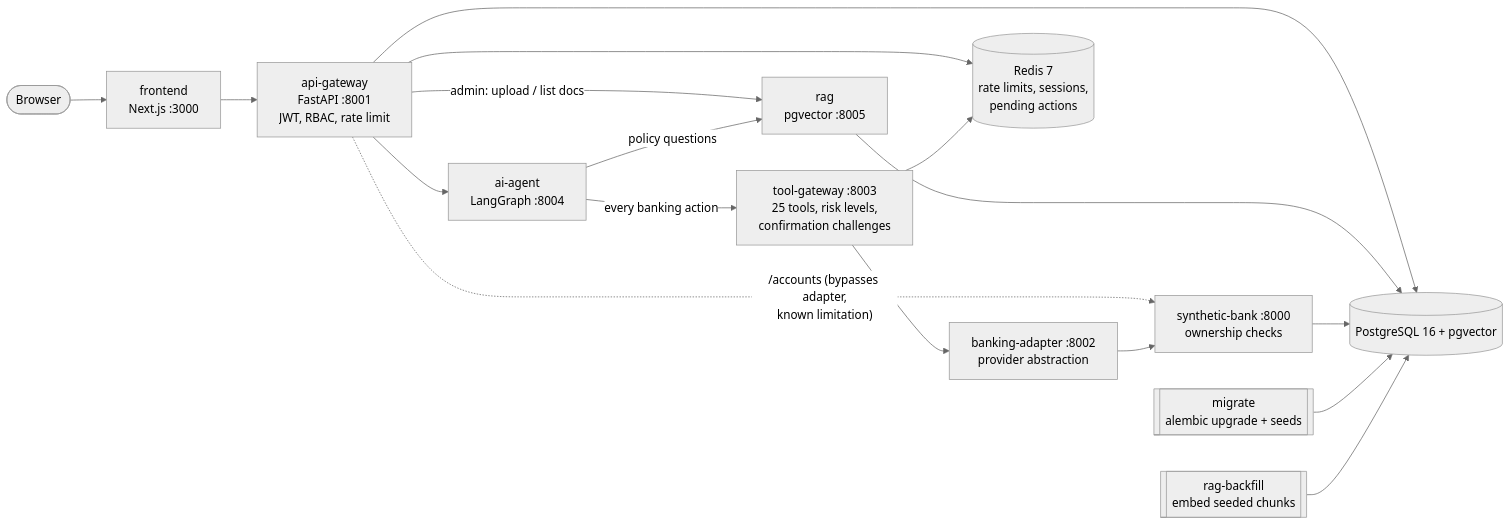
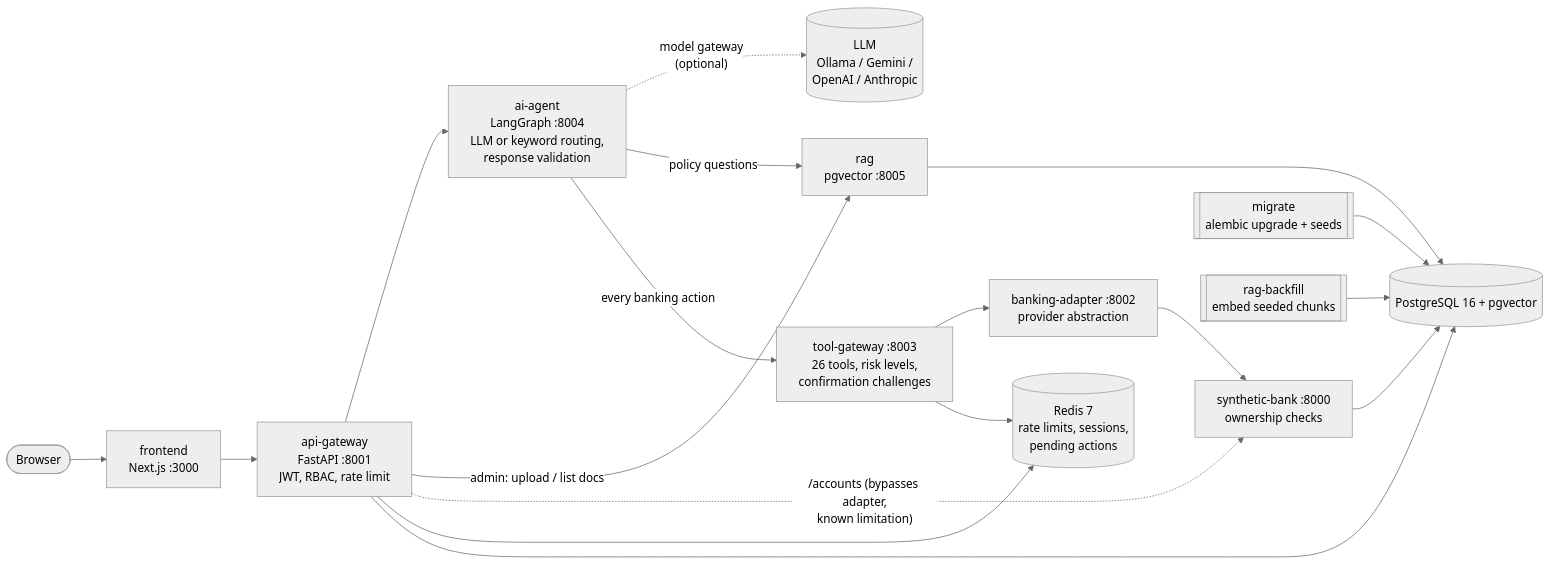
One commit to HasithRajapakshe/banking-ai-customer-service-saas changed the diagram in README.md. Above: the diagram before and after it, drawn with Mermaid (neutral theme). The commit also changed other lines of this file and 63 other files, not shown here.

First line of the commit message:
feat(agent): real LLM routing, response validation, guardrails, evaluation

````diff
--- a/README.md
+++ b/README.md
@@ -17,23 +17,24 @@
 ```mermaid
 flowchart LR
     user([Browser]) --> fe[frontend<br/>Next.js :3000]
     fe --> gw[api-gateway<br/>FastAPI :8001<br/>JWT, RBAC, rate limit]
 
-    gw --> agent[ai-agent<br/>LangGraph :8004]
+    gw --> agent[ai-agent<br/>LangGraph :8004<br/>LLM or keyword routing,<br/>response validation]
     gw -- admin: upload / list docs --> rag
     gw -. "/accounts (bypasses adapter,<br/>known limitation)" .-> bank
 
+    agent -. "model gateway<br/>(optional)" .-> llm[(LLM<br/>Ollama / Gemini /<br/>OpenAI / Anthropic)]
     agent -- policy questions --> rag[rag<br/>pgvector :8005]
-    agent -- every banking action --> tg[tool-gateway :8003<br/>25 tools, risk levels,<br/>confirmation challenges]
+    agent -- every banking action --> tg[tool-gateway :8003<br/>26 tools, risk levels,<br/>confirmation challenges]
     tg --> adapter[banking-adapter :8002<br/>provider abstraction]
     adapter --> bank[synthetic-bank :8000<br/>ownership checks]
 
     gw --> redis[(Redis 7<br/>rate limits, sessions,<br/>pending actions)]
     tg --> redis
     gw --> pg[(PostgreSQL 16 + pgvector)]
     rag --> pg
     bank --> pg
 
     migrate[[migrate<br/>alembic upgrade + seeds]] --> pg
     backfill[[rag-backfill<br/>embed seeded chunks]] --> pg
 ```
````
